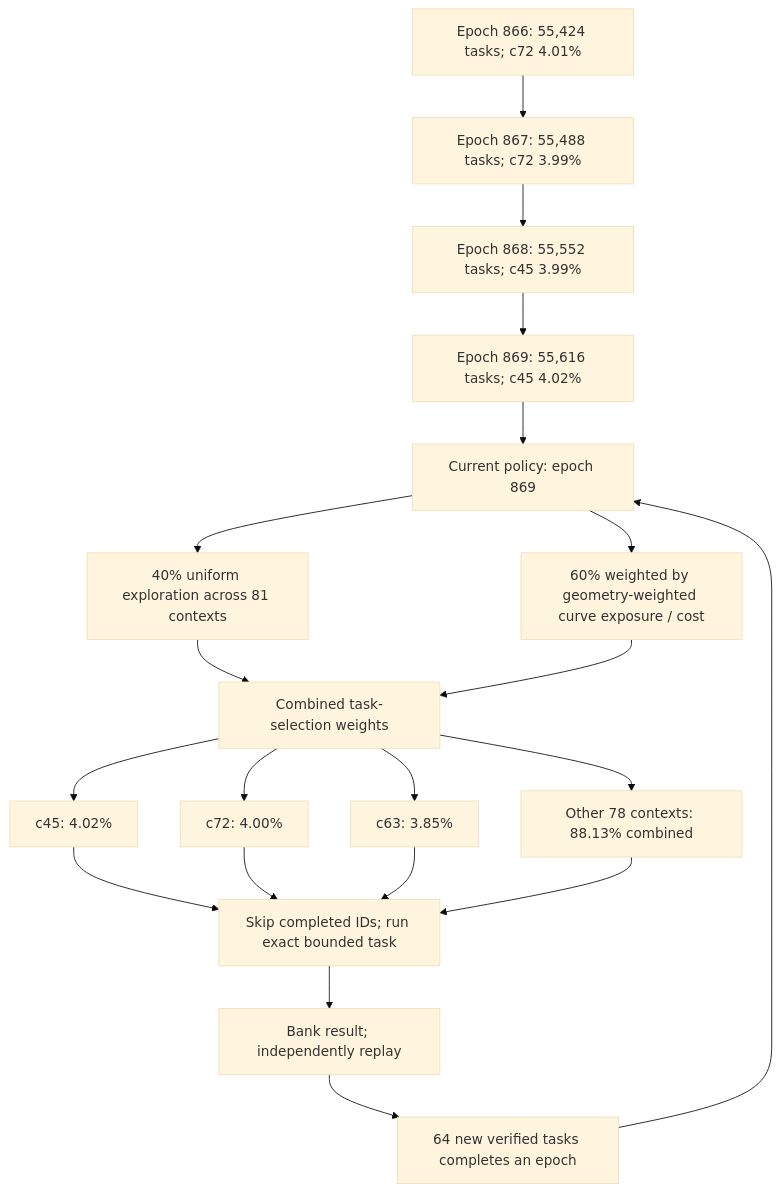
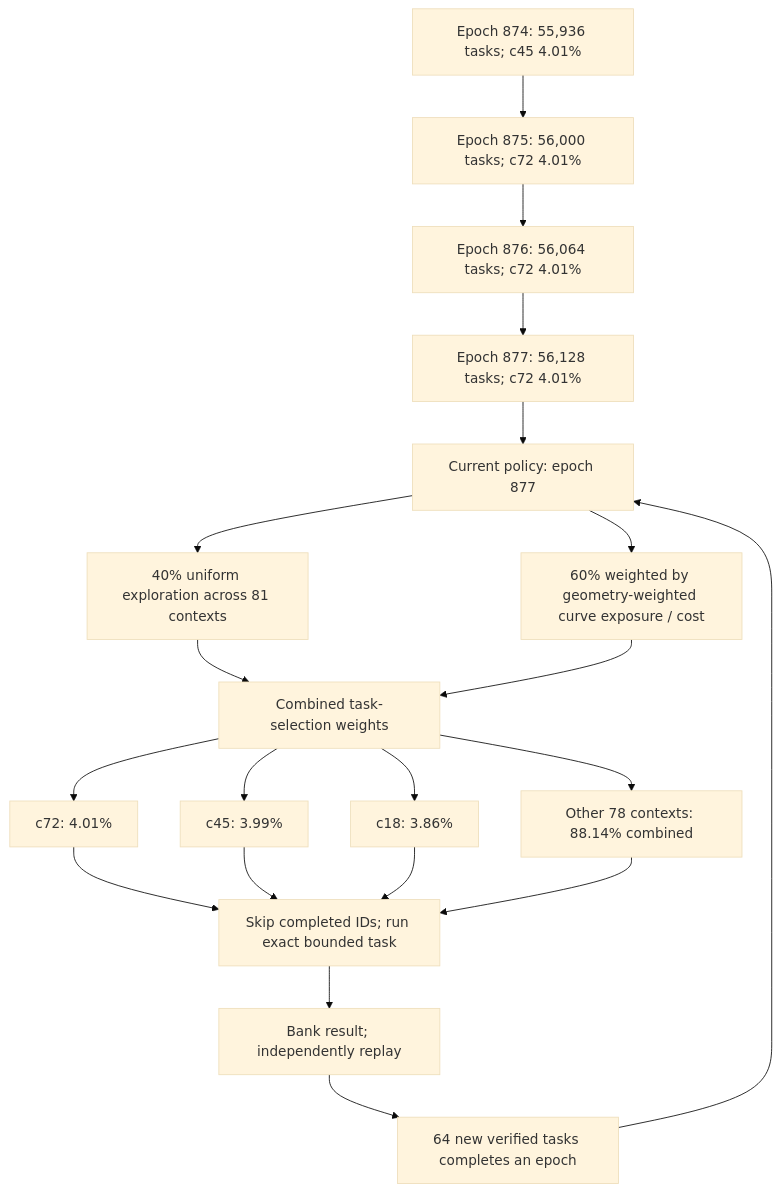
Before and after one commit to Kuberwastaken/math-gambling: the first of 3 diagrams in README.md, drawn with Mermaid (base theme). The commit also changed other lines of this file and 1135 other files, not shown here.

````diff
--- a/README.md
+++ b/README.md
@@ -55,27 +55,27 @@
 ```mermaid
 flowchart TD
-    H0["Epoch 866: 55,424 tasks; c72 4.01%"]
-    H1["Epoch 867: 55,488 tasks; c72 3.99%"]
+    H0["Epoch 874: 55,936 tasks; c45 4.01%"]
+    H1["Epoch 875: 56,000 tasks; c72 4.01%"]
     H0 --> H1
-    H2["Epoch 868: 55,552 tasks; c45 3.99%"]
+    H2["Epoch 876: 56,064 tasks; c72 4.01%"]
     H1 --> H2
-    H3["Epoch 869: 55,616 tasks; c45 4.02%"]
+    H3["Epoch 877: 56,128 tasks; c72 4.01%"]
     H2 --> H3
-    Policy["Current policy: epoch 869"]
+    Policy["Current policy: epoch 877"]
     H3 --> Policy
     Policy --> Explore["40% uniform exploration across 81 contexts"]
     Policy --> Cost["60% weighted by geometry-weighted curve exposure / cost"]
     Explore --> Mix["Combined task-selection weights"]
     Cost --> Mix
-    Mix --> C0["c45: 4.02%"]
-    Mix --> C1["c72: 4.00%"]
-    Mix --> C2["c63: 3.85%"]
-    Mix --> Rest["Other 78 contexts: 88.13% combined"]
+    Mix --> C0["c72: 4.01%"]
+    Mix --> C1["c45: 3.99%"]
+    Mix --> C2["c18: 3.86%"]
+    Mix --> Rest["Other 78 contexts: 88.14% combined"]
     C0 --> Check["Skip completed IDs; run exact bounded task"]
     C1 --> Check
     C2 --> Check
     Rest --> Check
     Check --> Replay["Bank result; independently replay"]
     Replay --> Gate["64 new verified tasks completes an epoch"]
     Gate --> Policy
 ```
````
